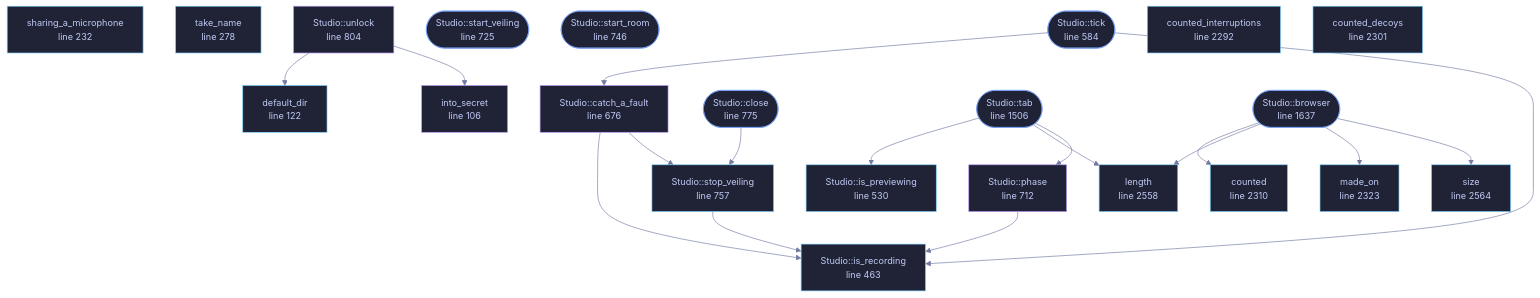
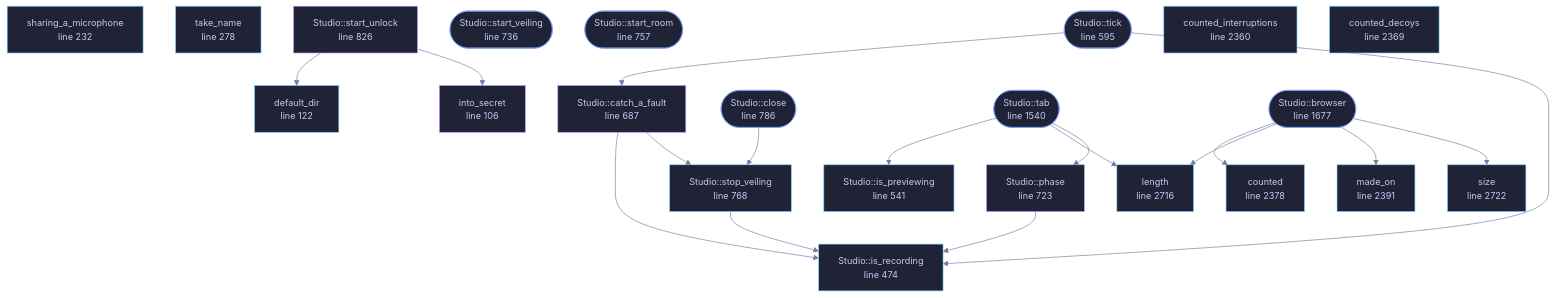
One commit to tilas01/veilvoice changed the diagram in docs/files/veilvoice-gui/studio.md. Above: the diagram before and after it, drawn with Mermaid. The commit also changed other lines of this file and 43 other files, not shown here.

````diff
--- a/docs/files/veilvoice-gui/studio.md
+++ b/docs/files/veilvoice-gui/studio.md
@@ -190,70 +192,70 @@
 ```mermaid
 %%{init: {"theme":"base","themeVariables":{"background":"#1a1b26","primaryColor":"#1f2335","primaryTextColor":"#c0caf5","primaryBorderColor":"#7aa2f7","secondaryColor":"#16161e","tertiaryColor":"#16161e","lineColor":"#737aa2","textColor":"#c0caf5","mainBkg":"#1f2335","nodeBorder":"#7aa2f7","clusterBkg":"#16161e","clusterBorder":"#2f3549","fontFamily":"ui-monospace, SFMono-Regular, Consolas, monospace","fontSize":"14px"}}}%%
 flowchart TD
     n_into_secret["into_secret<br/>line 106"]
     n_default_dir["default_dir<br/>line 122"]
     n_sharing_a_microphone["sharing_a_microphone<br/>line 232"]
     n_take_name["take_name<br/>line 278"]
-    n_is_recording["Studio::is_recording<br/>line 463"]
-    n_is_previewing["Studio::is_previewing<br/>line 530"]
-    n_tick(["Studio::tick<br/>line 584"])
-    n_catch_a_fault["Studio::catch_a_fault<br/>line 676"]
-    n_phase["Studio::phase<br/>line 712"]
-    n_start_veiling(["Studio::start_veiling<br/>line 725"])
-    n_start_room(["Studio::start_room<br/>line 746"])
-    n_stop_veiling["Studio::stop_veiling<br/>line 757"]
-    n_close(["Studio::close<br/>line 775"])
-    n_unlock["Studio::unlock<br/>line 804"]
-    n_tab(["Studio::tab<br/>line 1506"])
-    n_browser(["Studio::browser<br/>line 1637"])
-    n_counted_interruptions["counted_interruptions<br/>line 2292"]
-    n_counted_decoys["counted_decoys<br/>line 2301"]
-    n_counted["counted<br/>line 2310"]
-    n_made_on["made_on<br/>line 2323"]
-    n_length["length<br/>line 2558"]
-    n_size["size<br/>line 2564"]
+    n_is_recording["Studio::is_recording<br/>line 474"]
+    n_is_previewing["Studio::is_previewing<br/>line 541"]
+    n_tick(["Studio::tick<br/>line 595"])
+    n_catch_a_fault["Studio::catch_a_fault<br/>line 687"]
+    n_phase["Studio::phase<br/>line 723"]
+    n_start_veiling(["Studio::start_veiling<br/>line 736"])
+    n_start_room(["Studio::start_room<br/>line 757"])
+    n_stop_veiling["Studio::stop_veiling<br/>line 768"]
+    n_close(["Studio::close<br/>line 786"])
+    n_start_unlock["Studio::start_unlock<br/>line 826"]
+    n_tab(["Studio::tab<br/>line 1540"])
+    n_browser(["Studio::browser<br/>line 1677"])
+    n_counted_interruptions["counted_interruptions<br/>line 2360"]
+    n_counted_decoys["counted_decoys<br/>line 2369"]
+    n_counted["counted<br/>line 2378"]
+    n_made_on["made_on<br/>line 2391"]
+    n_length["length<br/>line 2716"]
+    n_size["size<br/>line 2722"]
     n_browser --> n_counted
     n_browser --> n_length
     n_browser --> n_made_on
     n_browser --> n_size
     n_catch_a_fault --> n_is_recording
     n_catch_a_fault --> n_stop_veiling
     n_close --> n_stop_veiling
     n_phase --> n_is_recording
+    n_start_unlock --> n_default_dir
+    n_start_unlock --> n_into_secret
     n_stop_veiling --> n_is_recording
     n_tab --> n_is_previewing
     n_tab --> n_length
     n_tab --> n_phase
     n_tick --> n_catch_a_fault
     n_tick --> n_is_recording
-    n_unlock --> n_default_dir
-    n_unlock --> n_into_secret
     click n_into_secret href "https://github.com/tilas01/veilvoice/blob/main/crates/veilvoice-gui/src/studio.rs#L106" "open the source"
     click n_default_dir href "https://github.com/tilas01/veilvoice/blob/main/crates/veilvoice-gui/src/studio.rs#L122" "open the source"
     click n_sharing_a_microphone href "https://github.com/tilas01/veilvoice/blob/main/crates/veilvoice-gui/src/studio.rs#L232" "open the source"
     click n_take_name href "https://github.com/tilas01/veilvoice/blob/main/crates/veilvoice-gui/src/studio.rs#L278" "open the source"
-    click n_is_recording href "https://github.com/tilas01/veilvoice/blob/main/crates/veilvoice-gui/src/studio.rs#L463" "open the source"
-    click n_is_previewing href "https://github.com/tilas01/veilvoice/blob/main/crates/veilvoice-gui/src/studio.rs#L530" "open the source"
-    click n_tick href "https://github.com/tilas01/veilvoice/blob/main/crates/veilvoice-gui/src/studio.rs#L584" "open the source"
-    click n_catch_a_fault href "https://github.com/tilas01/veilvoice/blob/main/crates/veilvoice-gui/src/studio.rs#L676" "open the source"
-    click n_phase href "https://github.com/tilas01/veilvoice/blob/main/crates/veilvoice-gui/src/studio.rs#L712" "open the source"
-    click n_start_veiling href "https://github.com/tilas01/veilvoice/blob/main/crates/veilvoice-gui/src/studio.rs#L725" "open the source"
-    click n_start_room href "https://github.com/tilas01/veilvoice/blob/main/crates/veilvoice-gui/src/studio.rs#L746" "open the source"
-    click n_stop_veiling href "https://github.com/tilas01/veilvoice/blob/main/crates/veilvoice-gui/src/studio.rs#L757" "open the source"
-    click n_close href "https://github.com/tilas01/veilvoice/blob/main/crates/veilvoice-gui/src/studio.rs#L775" "open the source"
-    click n_unlock href "https://github.com/tilas01/veilvoice/blob/main/crates/veilvoice-gui/src/studio.rs#L804" "open the source"
-    click n_tab href "https://github.com/tilas01/veilvoice/blob/main/crates/veilvoice-gui/src/studio.rs#L1506" "open the source"
-    click n_browser href "https://github.com/tilas01/veilvoice/blob/main/crates/veilvoice-gui/src/studio.rs#L1637" "open the source"
-    click n_counted_interruptions href "https://github.com/tilas01/veilvoice/blob/main/crates/veilvoice-gui/src/studio.rs#L2292" "open the source"
-    click n_counted_decoys href "https://github.com/tilas01/veilvoice/blob/main/crates/veilvoice-gui/src/studio.rs#L2301" "open the source"
-    click n_counted href "https://github.com/tilas01/veilvoice/blob/main/crates/veilvoice-gui/src/studio.rs#L2310" "open the source"
-    click n_made_on href "https://github.com/tilas01/veilvoice/blob/main/crates/veilvoice-gui/src/studio.rs#L2323" "open the source"
-    click n_length href "https://github.com/tilas01/veilvoice/blob/main/crates/veilvoice-gui/src/studio.rs#L2558" "open the source"
-    click n_size href "https://github.com/tilas01/veilvoice/blob/main/crates/veilvoice-gui/src/studio.rs#L2564" "open the source"
+    click n_is_recording href "https://github.com/tilas01/veilvoice/blob/main/crates/veilvoice-gui/src/studio.rs#L474" "open the source"
+    click n_is_previewing href "https://github.com/tilas01/veilvoice/blob/main/crates/veilvoice-gui/src/studio.rs#L541" "open the source"
+    click n_tick href "https://github.com/tilas01/veilvoice/blob/main/crates/veilvoice-gui/src/studio.rs#L595" "open the source"
+    click n_catch_a_fault href "https://github.com/tilas01/veilvoice/blob/main/crates/veilvoice-gui/src/studio.rs#L687" "open the source"
+    click n_phase href "https://github.com/tilas01/veilvoice/blob/main/crates/veilvoice-gui/src/studio.rs#L723" "open the source"
+    click n_start_veiling href "https://github.com/tilas01/veilvoice/blob/main/crates/veilvoice-gui/src/studio.rs#L736" "open the source"
+    click n_start_room href "https://github.com/tilas01/veilvoice/blob/main/crates/veilvoice-gui/src/studio.rs#L757" "open the source"
+    click n_stop_veiling href "https://github.com/tilas01/veilvoice/blob/main/crates/veilvoice-gui/src/studio.rs#L768" "open the source"
+    click n_close href "https://github.com/tilas01/veilvoice/blob/main/crates/veilvoice-gui/src/studio.rs#L786" "open the source"
+    click n_start_unlock href "https://github.com/tilas01/veilvoice/blob/main/crates/veilvoice-gui/src/studio.rs#L826" "open the source"
+    click n_tab href "https://github.com/tilas01/veilvoice/blob/main/crates/veilvoice-gui/src/studio.rs#L1540" "open the source"
+    click n_browser href "https://github.com/tilas01/veilvoice/blob/main/crates/veilvoice-gui/src/studio.rs#L1677" "open the source"
+    click n_counted_interruptions href "https://github.com/tilas01/veilvoice/blob/main/crates/veilvoice-gui/src/studio.rs#L2360" "open the source"
+    click n_counted_decoys href "https://github.com/tilas01/veilvoice/blob/main/crates/veilvoice-gui/src/studio.rs#L2369" "open the source"
+    click n_counted href "https://github.com/tilas01/veilvoice/blob/main/crates/veilvoice-gui/src/studio.rs#L2378" "open the source"
+    click n_made_on href "https://github.com/tilas01/veilvoice/blob/main/crates/veilvoice-gui/src/studio.rs#L2391" "open the source"
+    click n_length href "https://github.com/tilas01/veilvoice/blob/main/crates/veilvoice-gui/src/studio.rs#L2716" "open the source"
+    click n_size href "https://github.com/tilas01/veilvoice/blob/main/crates/veilvoice-gui/src/studio.rs#L2722" "open the source"
     classDef entry fill:#1f2335,stroke:#7aa2f7,color:#c0caf5
     class n_tick,n_start_veiling,n_start_room,n_close,n_tab,n_browser entry
     classDef api fill:#1f2335,stroke:#7dcfff,color:#c0caf5
     class n_default_dir,n_sharing_a_microphone,n_take_name,n_is_recording,n_is_previewing,n_stop_veiling,n_counted_interruptions,n_counted_decoys,n_counted,n_made_on,n_length,n_size api
     classDef helper fill:#1f2335,stroke:#bb9af7,color:#c0caf5
-    class n_into_secret,n_catch_a_fault,n_phase,n_unlock helper
+    class n_into_secret,n_catch_a_fault,n_phase,n_start_unlock helper
 ```
````
